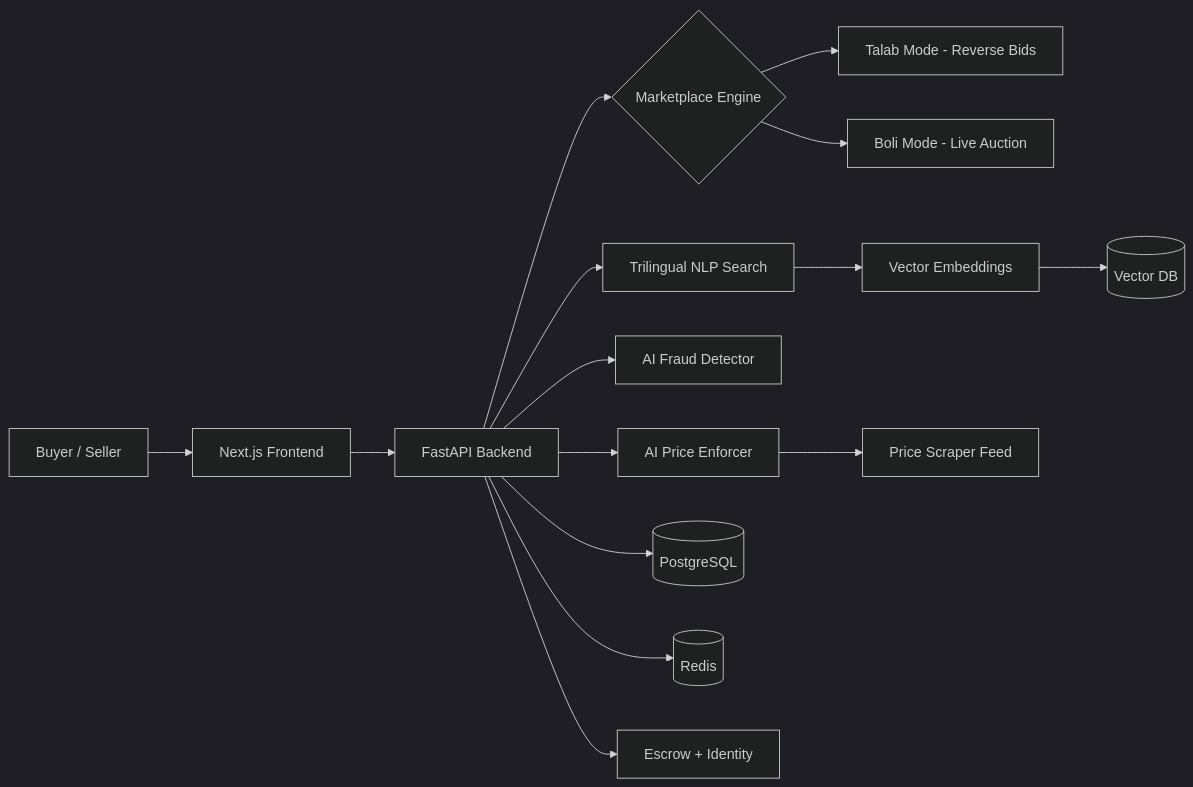
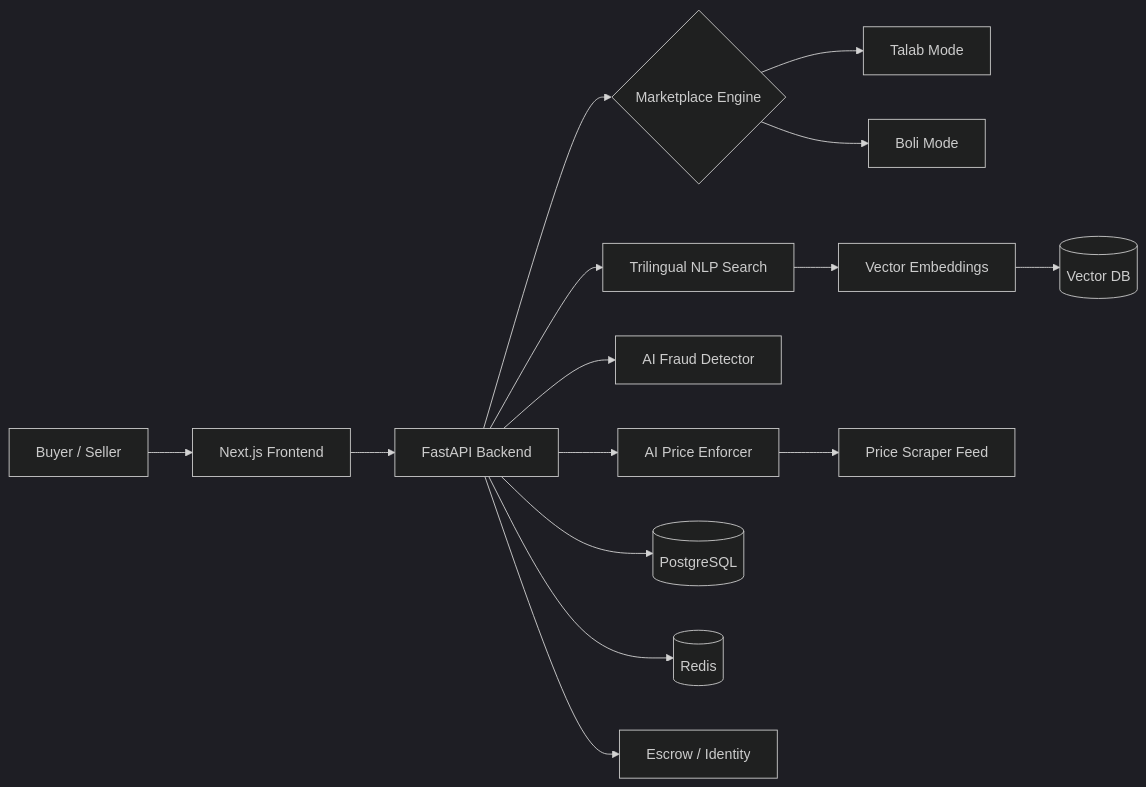
Before and after one commit to dawarazhar11/dawarazhar11: the second of 8 diagrams in README.md, drawn with Mermaid (dark theme). The commit also changed other lines of this file, not shown here.

Commit message:
Fix Mermaid diagrams: quote labels, remove emojis, replace & joins

````diff
--- a/README.md
+++ b/README.md
@@ -164,17 +167,17 @@
 ```mermaid
 graph LR
-    A[Buyer / Seller] --> B[Next.js Frontend]
-    B --> C[FastAPI Backend]
-    C --> D{Marketplace Engine}
-    D --> E[Talab Mode - Reverse Bids]
-    D --> F[Boli Mode - Live Auction]
-    C --> G[Trilingual NLP Search]
-    G --> H[Vector Embeddings]
-    H --> I[(Vector DB)]
-    C --> J[AI Fraud Detector]
-    C --> K[AI Price Enforcer]
-    K --> L[Price Scraper Feed]
-    C --> M[(PostgreSQL)]
-    C --> N[(Redis)]
-    C --> O[Escrow + Identity]
+    A["Buyer / Seller"] --> B["Next.js Frontend"]
+    B --> C["FastAPI Backend"]
+    C --> D{"Marketplace Engine"}
+    D --> E["Talab Mode"]
+    D --> F["Boli Mode"]
+    C --> G["Trilingual NLP Search"]
+    G --> H["Vector Embeddings"]
+    H --> I[("Vector DB")]
+    C --> J["AI Fraud Detector"]
+    C --> K["AI Price Enforcer"]
+    K --> L["Price Scraper Feed"]
+    C --> M[("PostgreSQL")]
+    C --> N[("Redis")]
+    C --> O["Escrow / Identity"]
 ```
````
